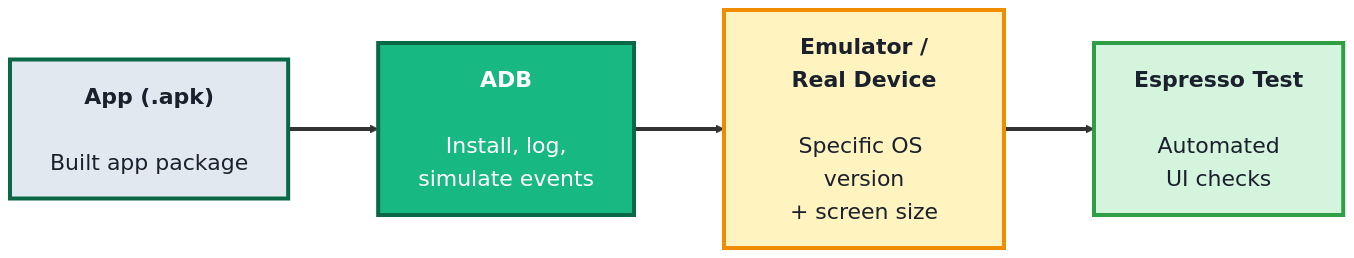
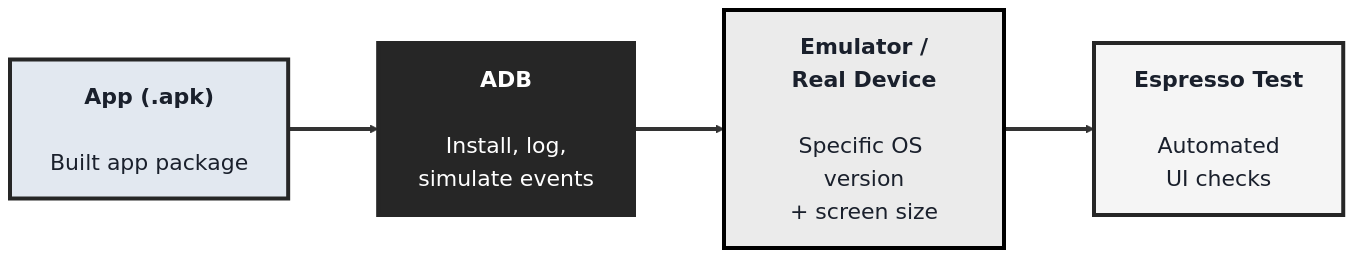
One commit to SHEMODELTECH/shemodeltech changed the first of 3 diagrams in src/Pages/courses/TechQA/module-6-mobile-testing.md. Above: the diagram before and after it, drawn with Mermaid. The commit also changed other lines of this file and 46 other files, not shown here.

````diff
--- a/src/Pages/courses/TechQA/module-6-mobile-testing.md
+++ b/src/Pages/courses/TechQA/module-6-mobile-testing.md
@@ -19,16 +19,16 @@
 ```mermaid
-%%{init: {'theme':'base', 'themeVariables': {'fontSize':'22px', 'primaryTextColor':'#1a202c', 'primaryBorderColor':'#0a6847', 'lineColor':'#333333'}, 'flowchart': {'nodeSpacing': 70, 'rankSpacing': 90, 'padding': 20}}}%%
+%%{init: {'theme':'base', 'themeVariables': {'fontSize':'22px', 'primaryTextColor':'#1a202c', 'primaryBorderColor':'#262626', 'lineColor':'#333333'}, 'flowchart': {'nodeSpacing': 70, 'rankSpacing': 90, 'padding': 20}}}%%
 flowchart LR
     APK["<b>App (.apk)</b><br/><br/>Built app package"]
     ADB["<b>ADB</b><br/><br/>Install, log,<br/>simulate events"]
     EM["<b>Emulator /<br/>Real Device</b><br/><br/>Specific OS version<br/>+ screen size"]
     E["<b>Espresso Test</b><br/><br/>Automated<br/>UI checks"]
 
     APK ==> ADB ==> EM ==> E
 
-    style APK fill:#e2e8f0,color:#1a202c,stroke:#0a6847,stroke-width:4px
-    style ADB fill:#17b881,color:#fff,stroke:#0a6847,stroke-width:4px
-    style EM fill:#fff3bf,color:#1a202c,stroke:#f08c00,stroke-width:4px
-    style E fill:#d4f4dd,color:#1a202c,stroke:#2f9e44,stroke-width:4px
+    style APK fill:#e2e8f0,color:#1a202c,stroke:#262626,stroke-width:4px
+    style ADB fill:#262626,color:#fff,stroke:#262626,stroke-width:4px
+    style EM fill:#EBEBEB,color:#1a202c,stroke:#000000,stroke-width:4px
+    style E fill:#F5F5F5,color:#1a202c,stroke:#262626,stroke-width:4px
     linkStyle default stroke-width:4px,stroke:#333333
 ```
````
